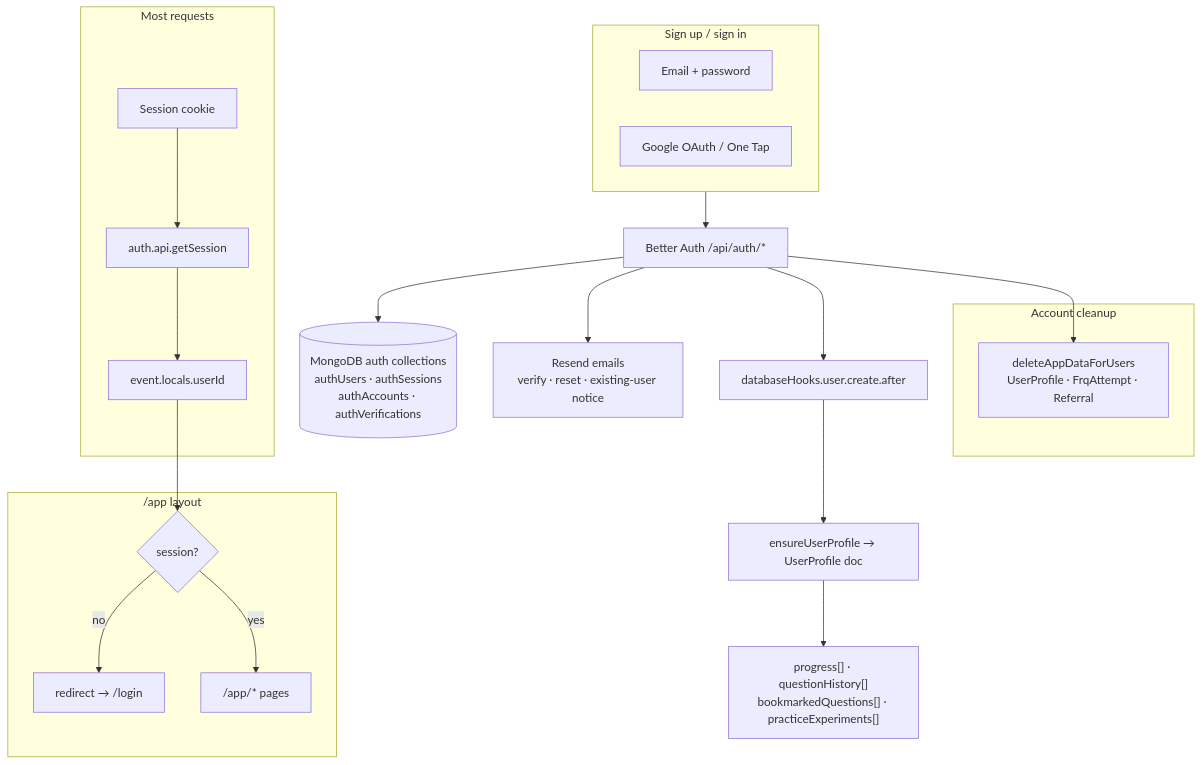
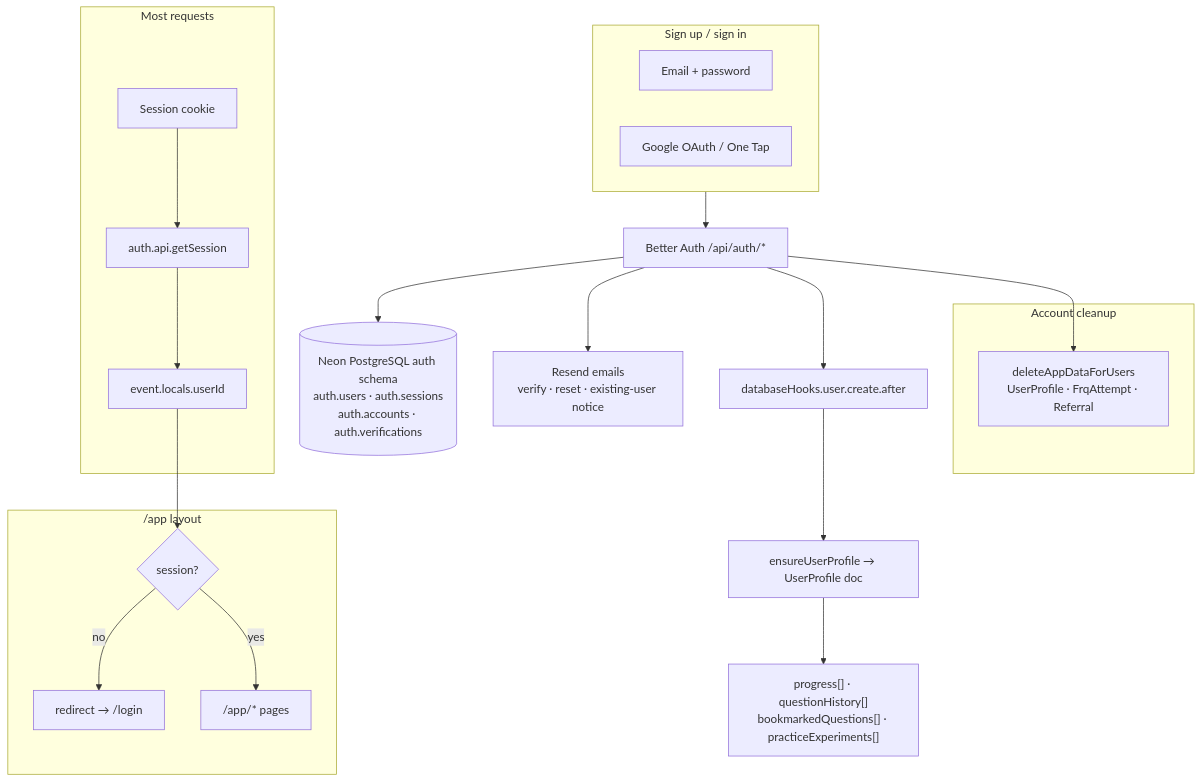
One commit to 5cisummai/freeappractice changed the fifth of 7 diagrams in docs/architecture.md. Above: the diagram before and after it, drawn with Mermaid. The commit also changed other lines of this file and 61 other files, not shown here.

Commit message:
Migrate runtime to Neon PostgreSQL

````diff
--- a/docs/architecture.md
+++ b/docs/architecture.md
@@ -233,32 +233,32 @@
 ```mermaid
 flowchart TD
     subgraph SignUp["Sign up / sign in"]
         Email["Email + password"]
         Google["Google OAuth / One Tap"]
     end
 
     SignUp --> BA["Better Auth /api/auth/*"]
-    BA --> AuthDB[("MongoDB auth collections<br/>authUsers · authSessions<br/>authAccounts · authVerifications")]
+    BA --> AuthDB[("Neon PostgreSQL auth schema<br/>auth.users · auth.sessions<br/>auth.accounts · auth.verifications")]
     BA --> EmailSend["Resend emails<br/>verify · reset · existing-user notice"]
     BA --> Hook["databaseHooks.user.create.after"]
     Hook --> Profile["ensureUserProfile → UserProfile doc"]
 
     subgraph Session["Most requests"]
         Cookie["Session cookie"]
         Cookie --> GetSession["auth.api.getSession"]
         GetSession --> Locals["event.locals.userId"]
     end
 
     subgraph AppGuard["/app layout"]
         Locals --> Check{session?}
         Check -->|no| Redirect["redirect → /login"]
         Check -->|yes| AppPages["/app/* pages"]
     end
 
     subgraph Delete["Account cleanup"]
         Del["deleteAppDataForUsers<br/>UserProfile · FrqAttempt · Referral"]
     end
 
     Profile --> UserData["progress[] · questionHistory[]<br/>bookmarkedQuestions[] · practiceExperiments[]"]
     BA --> Del
 ```
````
